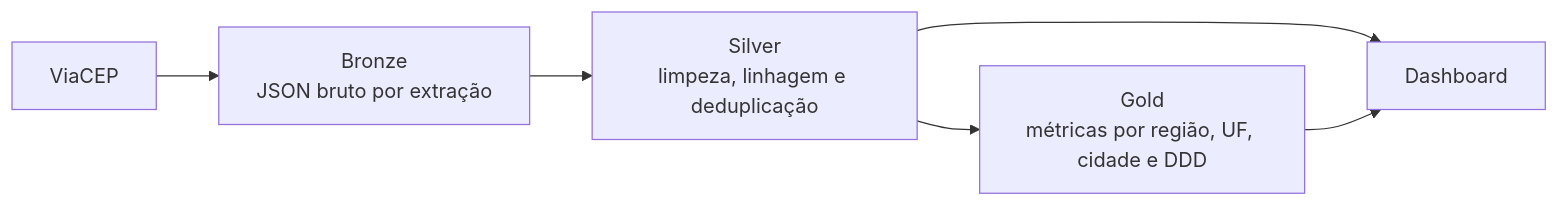
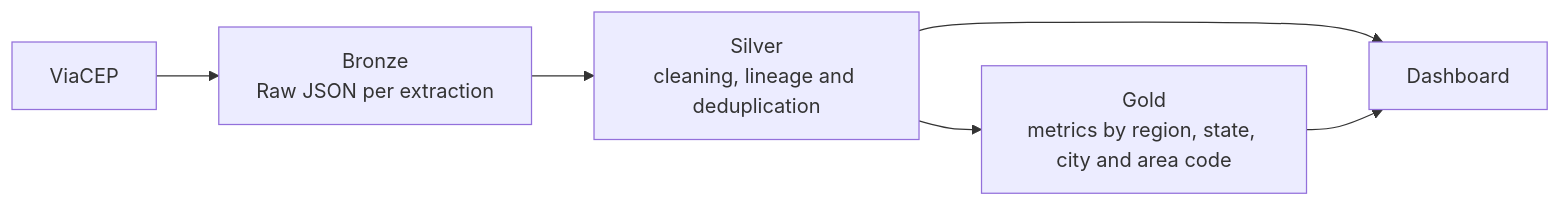
The diagram in README.md (samuelferoli/viacep-medallion-pipeline), drawn with Mermaid before and after one commit. The commit also changed other lines of this file and 1 other file, not shown here.

````diff
--- a/README.md
+++ b/README.md
@@ -15,8 +13,8 @@
 ```mermaid
 flowchart LR
-    A[ViaCEP] --> B[Bronze<br/>JSON bruto por extração]
-    B --> C[Silver<br/>limpeza, linhagem e deduplicação]
-    C --> D[Gold<br/>métricas por região, UF, cidade e DDD]
+    A[ViaCEP] --> B[Bronze<br/>Raw JSON per extraction]
+    B --> C[Silver<br/>cleaning, lineage and deduplication]
+    C --> D[Gold<br/>metrics by region, state, city and area code]
     C --> E[Dashboard]
     D --> E
 ```
````
